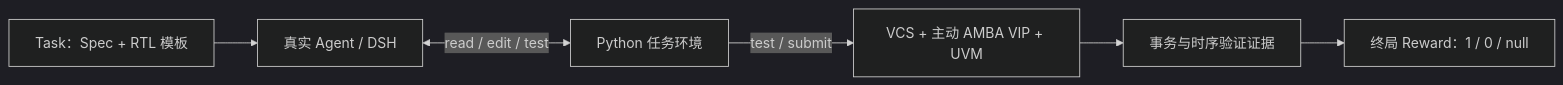
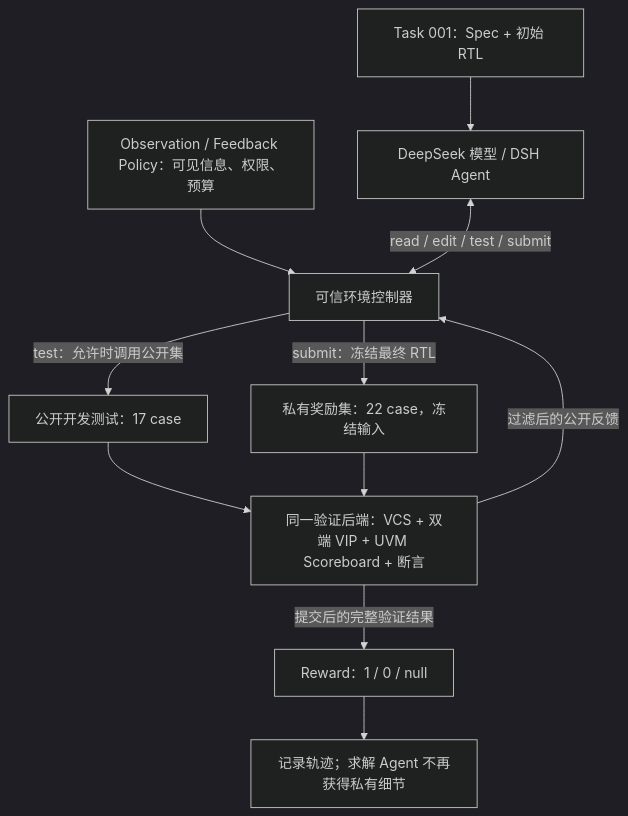
One commit to 5Mcv4He/ProtocolBridge-RL changed the first of 2 diagrams in README.md. Above: the diagram before and after it, drawn with Mermaid (dark theme). The commit also changed other lines of this file, not shown here.

Commit message:
Reframe README around agent task workflow, verification controls, reward and measured results

````diff
--- a/README.md
+++ b/README.md
@@ -7,8 +35,13 @@
 ```mermaid
-flowchart LR
-    A["Task：Spec + RTL 模板"] --> B["真实 Agent / DSH"]
-    B <-->|"read / edit / test"| C["Python 任务环境"]
-    C -->|"test / submit"| D["VCS + 主动 AMBA VIP + UVM"]
-    D --> E["事务与时序验证证据"]
-    E --> F["终局 Reward：1 / 0 / null"]
+flowchart TB
+    T["Task 001：Spec + 初始 RTL"] --> A["DeepSeek 模型 / DSH Agent"]
+    P["Observation / Feedback Policy：可见信息、权限、预算"] --> C["可信环境控制器"]
+    A <-->|"read / edit / test / submit"| C
+    C -->|"test：允许时调用公开集"| PUB["公开开发测试：17 case"]
+    PUB --> V["同一验证后端：VCS + 双端 VIP + UVM Scoreboard + 断言"]
+    V -->|"过滤后的公开反馈"| C
+    C -->|"submit：冻结最终 RTL"| S["私有奖励集：22 case，冻结输入"]
+    S --> V
+    V -->|"提交后的完整验证结果"| R["Reward：1 / 0 / null"]
+    R --> H["记录轨迹；求解 Agent 不再获得私有细节"]
 ```
````
